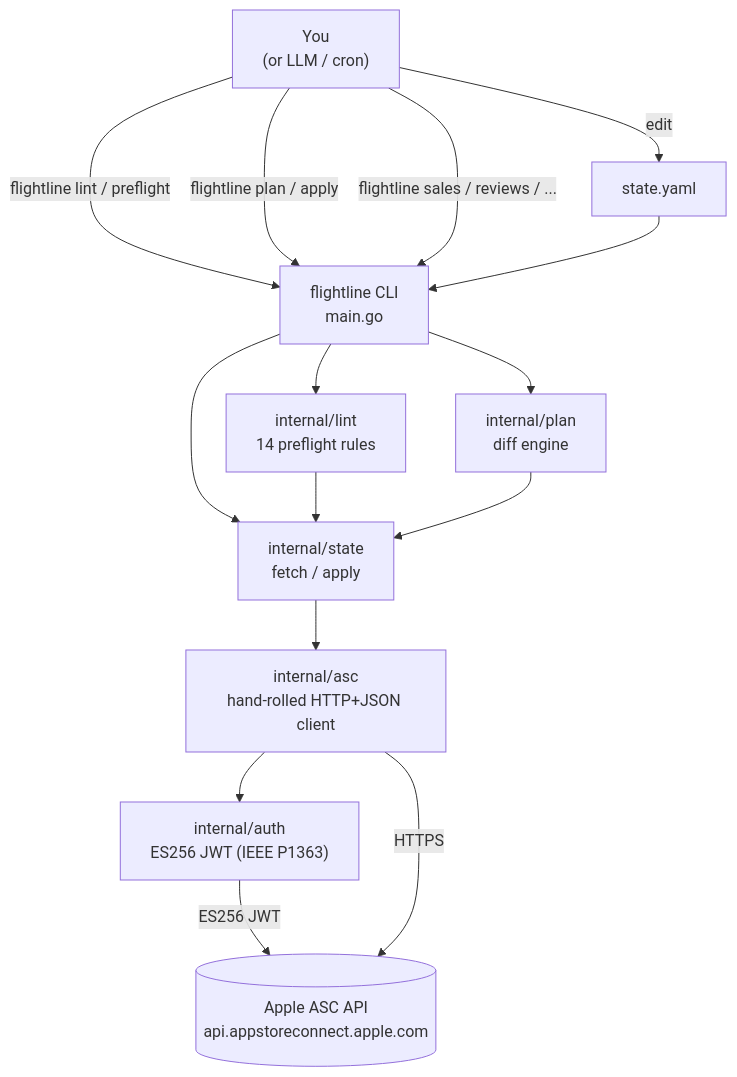
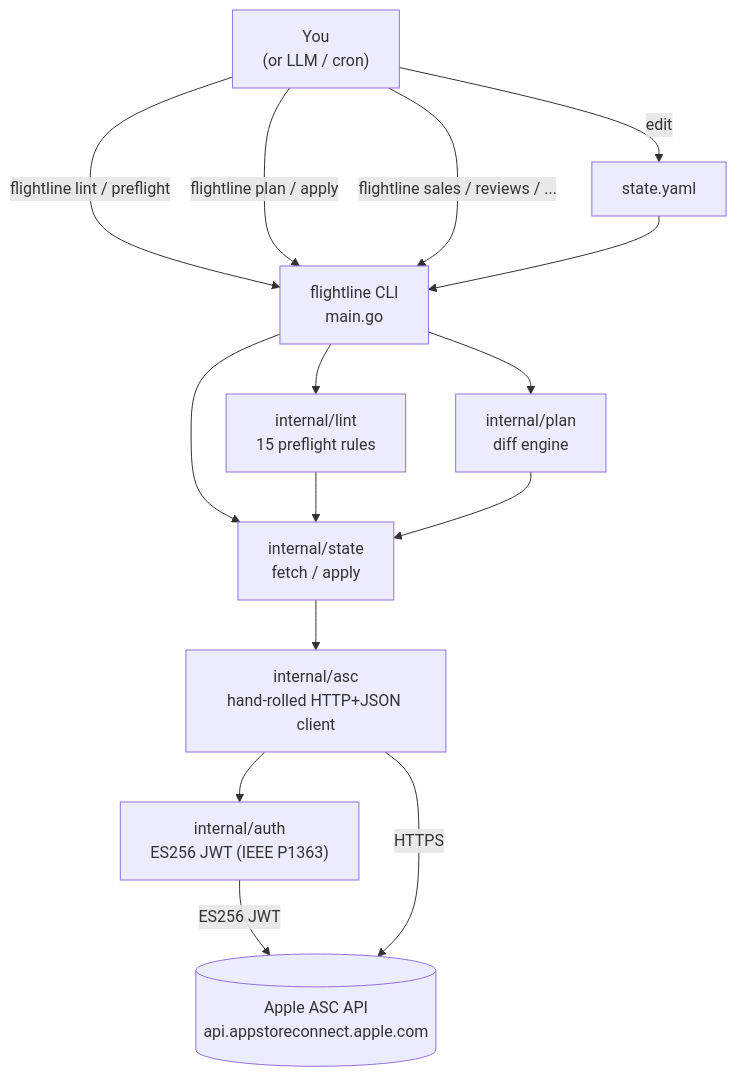
The second of 2 diagrams in README.md (ul0gic/flightline), drawn with Mermaid before and after one commit. The commit also changed other lines of this file and 95 other files, not shown here.

````diff
--- a/README.md
+++ b/README.md
@@ -221,27 +221,27 @@
 ```mermaid
 flowchart TB
     User["You\n(or LLM / cron)"]
     YAML["state.yaml"]
     CLI["flightline CLI\nmain.go"]
-    Lint["internal/lint\n14 preflight rules"]
+    Lint["internal/lint\n15 preflight rules"]
     Plan["internal/plan\ndiff engine"]
     State["internal/state\nfetch / apply"]
     ASC["internal/asc\nhand-rolled HTTP+JSON client"]
     Auth["internal/auth\nES256 JWT (IEEE P1363)"]
     Apple[("Apple ASC API\napi.appstoreconnect.apple.com")]
 
     User -->|"edit"| YAML
     User -->|"flightline lint / preflight"| CLI
     User -->|"flightline plan / apply"| CLI
     User -->|"flightline sales / reviews / ..."| CLI
     YAML --> CLI
     CLI --> Lint
     CLI --> Plan
     CLI --> State
     Lint --> State
     Plan --> State
     State --> ASC
     ASC --> Auth
     Auth -->|"ES256 JWT"| Apple
     ASC -->|"HTTPS"| Apple
 ```
````
